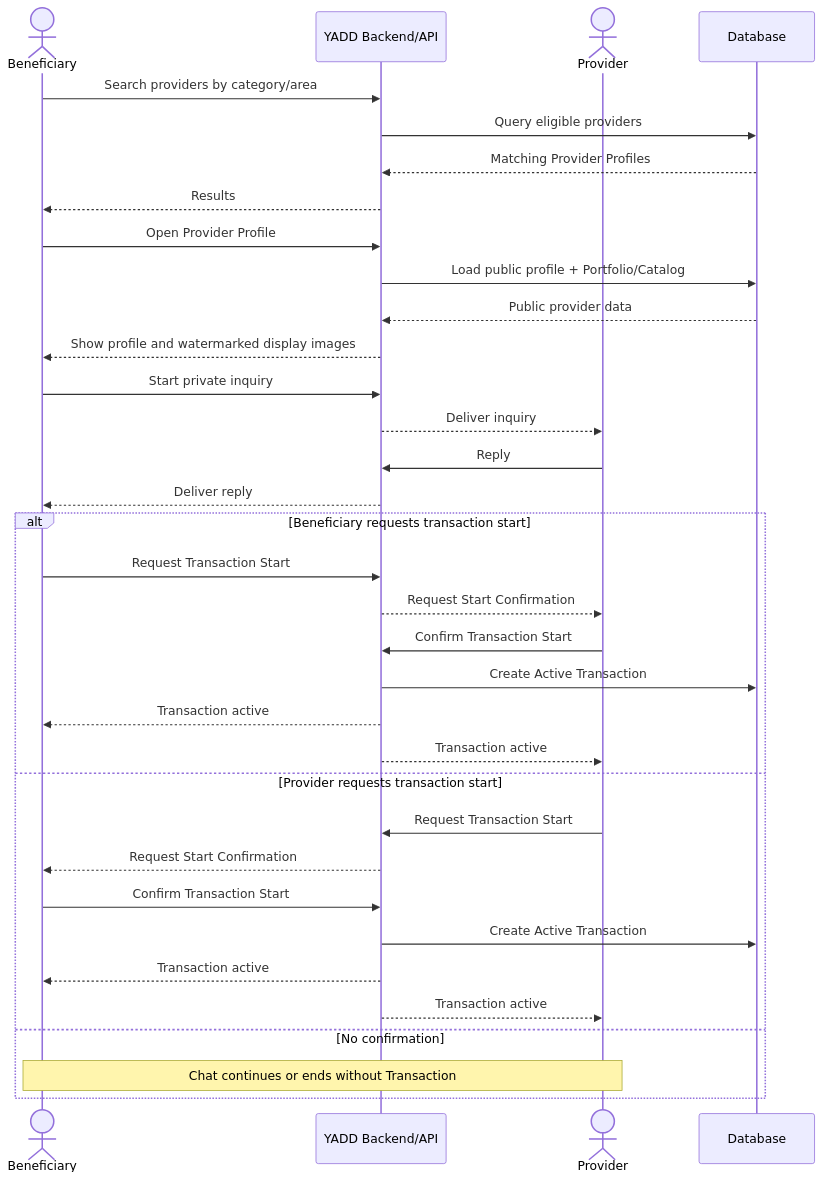
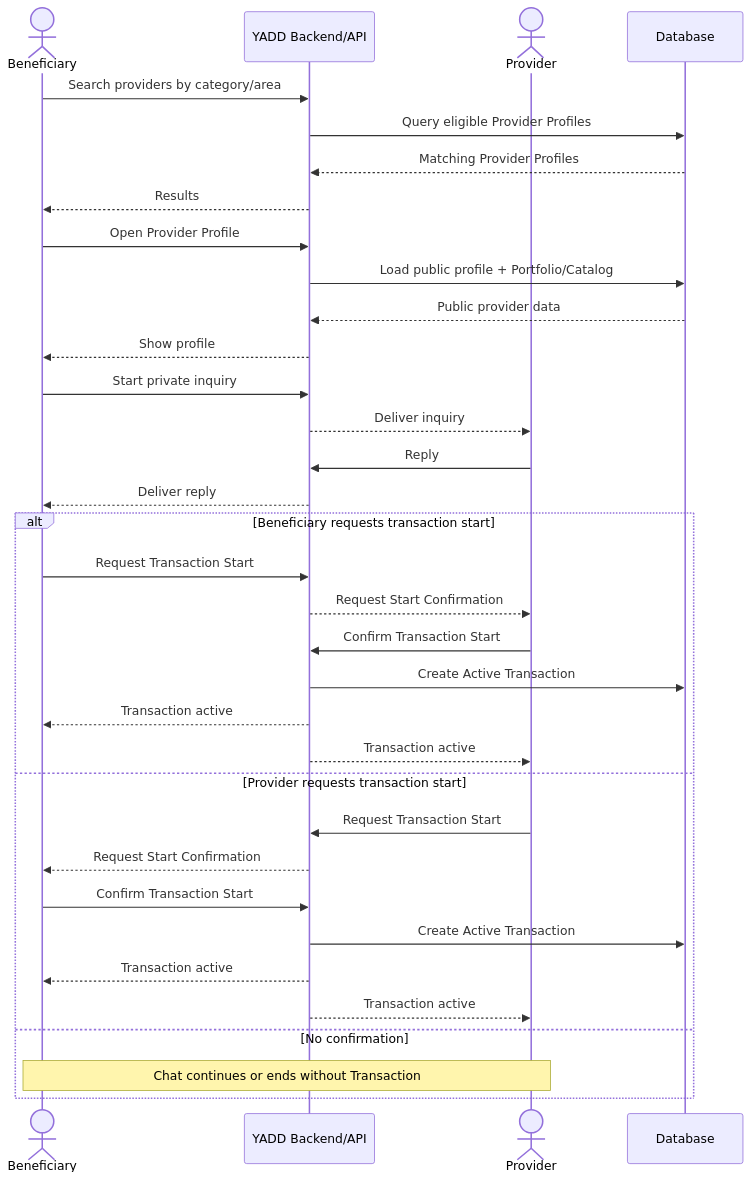
The fifth of 5 diagrams in docs/03-analysis/10-UML.md (Yadd-SanaaUniversityGraduationProject/yadd), drawn with Mermaid before and after one commit. The commit also changed other lines of this file, not shown here.

Commit message:
analysis: synchronize UML overview for final diagram drafting

````diff
--- a/docs/03-analysis/10-UML.md
+++ b/docs/03-analysis/10-UML.md
@@ -255,40 +245,40 @@
 ```mermaid
 sequenceDiagram
     actor B as Beneficiary
     participant Y as YADD Backend/API
     actor P as Provider
     participant DB as Database
 
     B->>Y: Search providers by category/area
-    Y->>DB: Query eligible providers
+    Y->>DB: Query eligible Provider Profiles
     DB-->>Y: Matching Provider Profiles
     Y-->>B: Results
 
     B->>Y: Open Provider Profile
     Y->>DB: Load public profile + Portfolio/Catalog
     DB-->>Y: Public provider data
-    Y-->>B: Show profile and watermarked display images
+    Y-->>B: Show profile
 
     B->>Y: Start private inquiry
     Y-->>P: Deliver inquiry
     P->>Y: Reply
     Y-->>B: Deliver reply
 
     alt Beneficiary requests transaction start
         B->>Y: Request Transaction Start
         Y-->>P: Request Start Confirmation
         P->>Y: Confirm Transaction Start
         Y->>DB: Create Active Transaction
         Y-->>B: Transaction active
         Y-->>P: Transaction active
     else Provider requests transaction start
         P->>Y: Request Transaction Start
         Y-->>B: Request Start Confirmation
         B->>Y: Confirm Transaction Start
         Y->>DB: Create Active Transaction
         Y-->>B: Transaction active
         Y-->>P: Transaction active
     else No confirmation
         Note over B,P: Chat continues or ends without Transaction
     end
 ```
````
